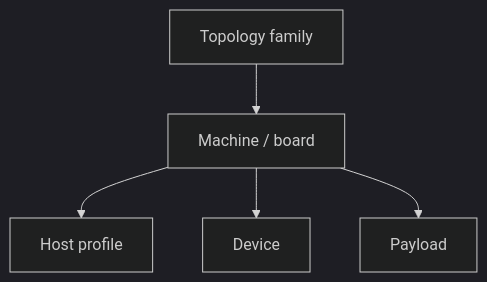
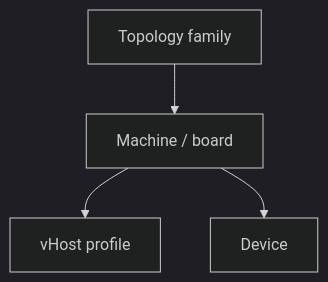
Before and after one commit to chengchen512/cosim-gpu: the diagram in docs/en/topology/index.rst, drawn with Mermaid (dark theme). The commit also changed other lines of this file and 110 other files, not shown here.

```diff
--- a/docs/en/topology/index.rst
+++ b/docs/en/topology/index.rst
@@ -30,7 +31,6 @@
 .. mermaid::
 
    flowchart TD
        T[Topology family] --> M[Machine / board]
-       M --> H[Host profile]
+       M --> H[vHost profile]
        M --> D[Device]
-       M --> P[Payload]
```
